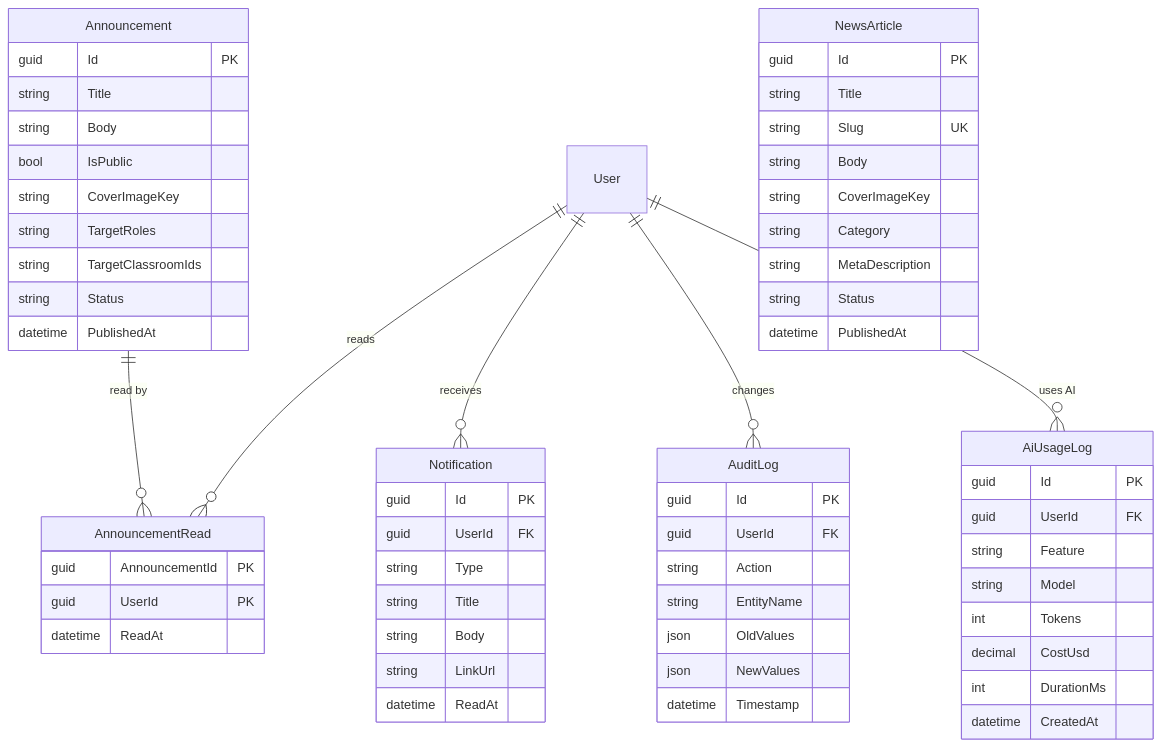
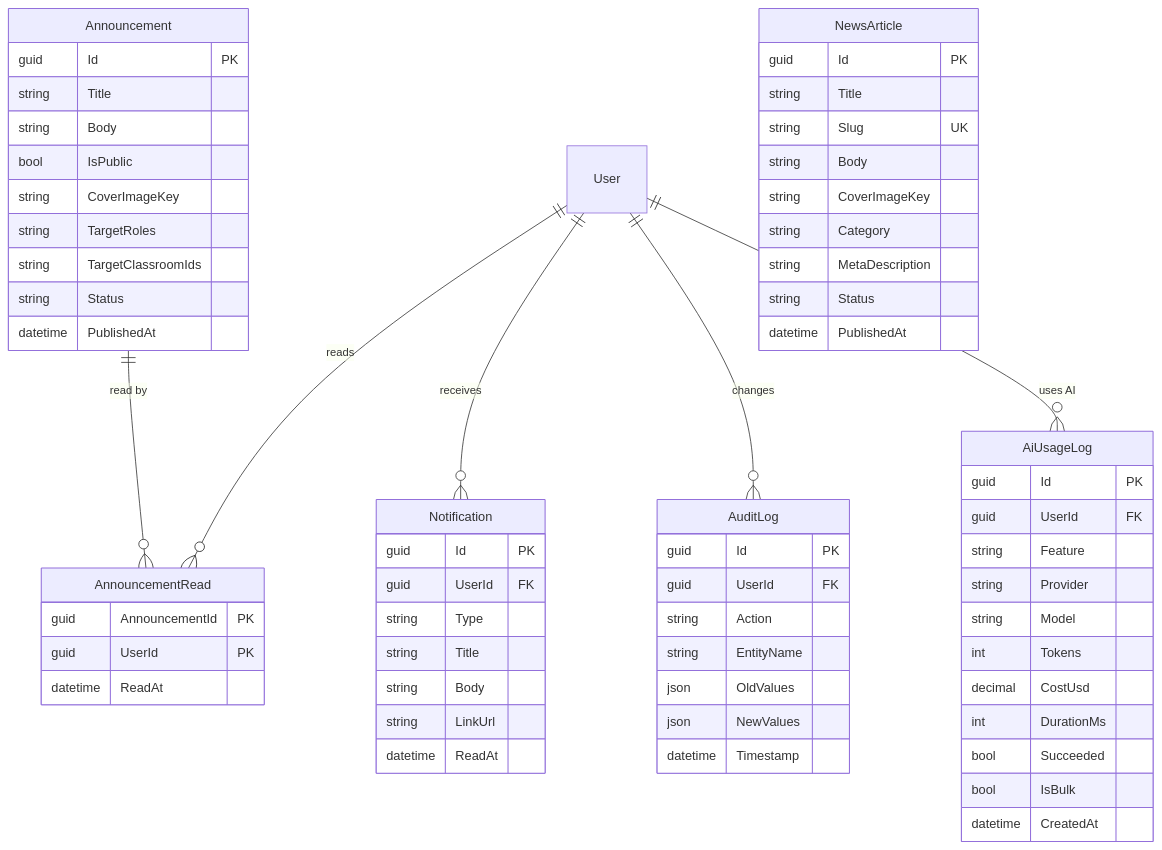
The seventh of 9 diagrams in docs/en/system-design.md (ridhwanhabib18/schomans), drawn with Mermaid before and after one commit. The commit also changed other lines of this file and 47 other files, not shown here.

````diff
--- a/docs/en/system-design.md
+++ b/docs/en/system-design.md
@@ -476,65 +486,68 @@
 ```mermaid
 %% Source: diagrams/erd.mmd (news, announcements, notifications, audit & AI)
 erDiagram
   Announcement ||--o{ AnnouncementRead : "read by"
   User ||--o{ AnnouncementRead : "reads"
   User ||--o{ Notification : "receives"
   User ||--o{ AuditLog : "changes"
   User ||--o{ AiUsageLog : "uses AI"
 
   NewsArticle {
     guid Id PK
     string Title
     string Slug UK
     string Body
     string CoverImageKey
     string Category
     string MetaDescription
     string Status
     datetime PublishedAt
   }
   Announcement {
     guid Id PK
     string Title
     string Body
     bool IsPublic
     string CoverImageKey
     string TargetRoles
     string TargetClassroomIds
     string Status
     datetime PublishedAt
   }
   AnnouncementRead {
     guid AnnouncementId PK
     guid UserId PK
     datetime ReadAt
   }
   Notification {
     guid Id PK
     guid UserId FK
     string Type
     string Title
     string Body
     string LinkUrl
     datetime ReadAt
   }
   AuditLog {
     guid Id PK
     guid UserId FK
     string Action
     string EntityName
     json OldValues
     json NewValues
     datetime Timestamp
   }
   AiUsageLog {
     guid Id PK
     guid UserId FK
     string Feature
+    string Provider
     string Model
     int Tokens
     decimal CostUsd
     int DurationMs
+    bool Succeeded
+    bool IsBulk
     datetime CreatedAt
   }
 ```
````
